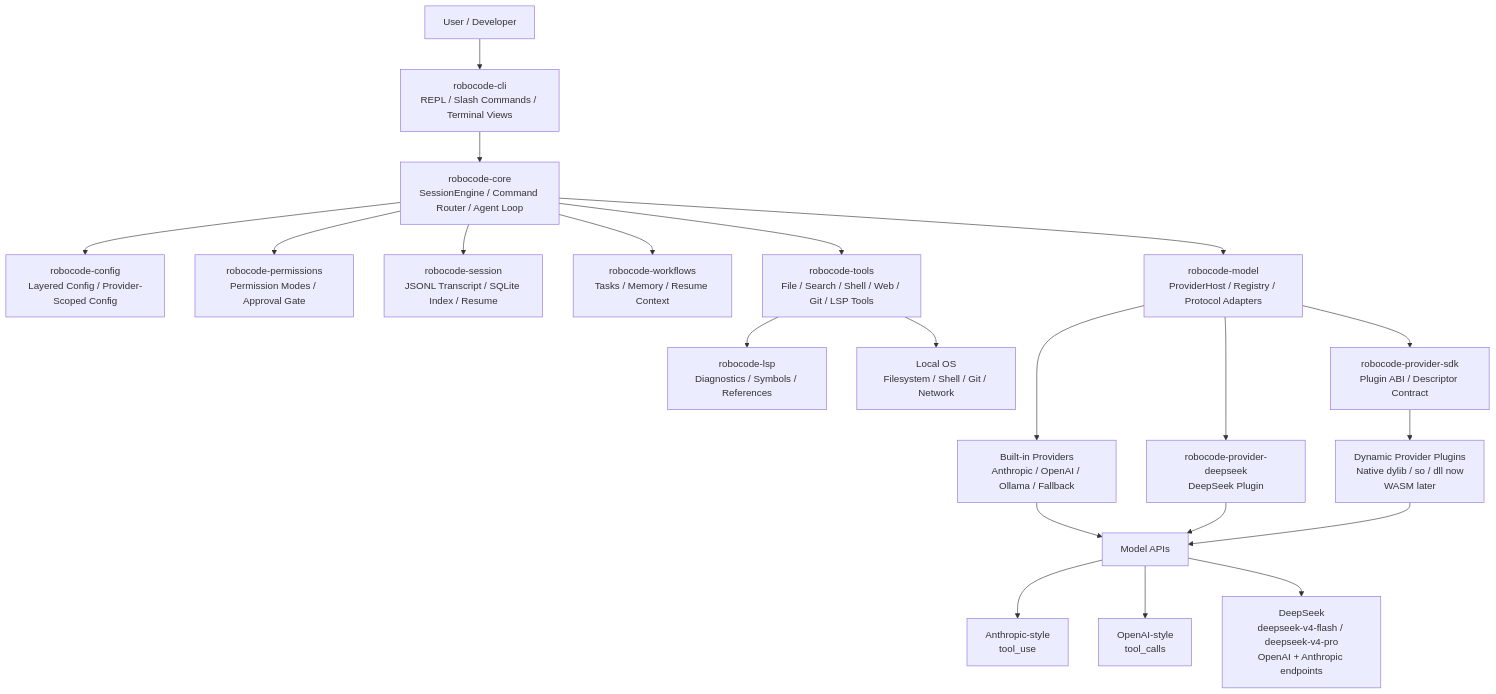
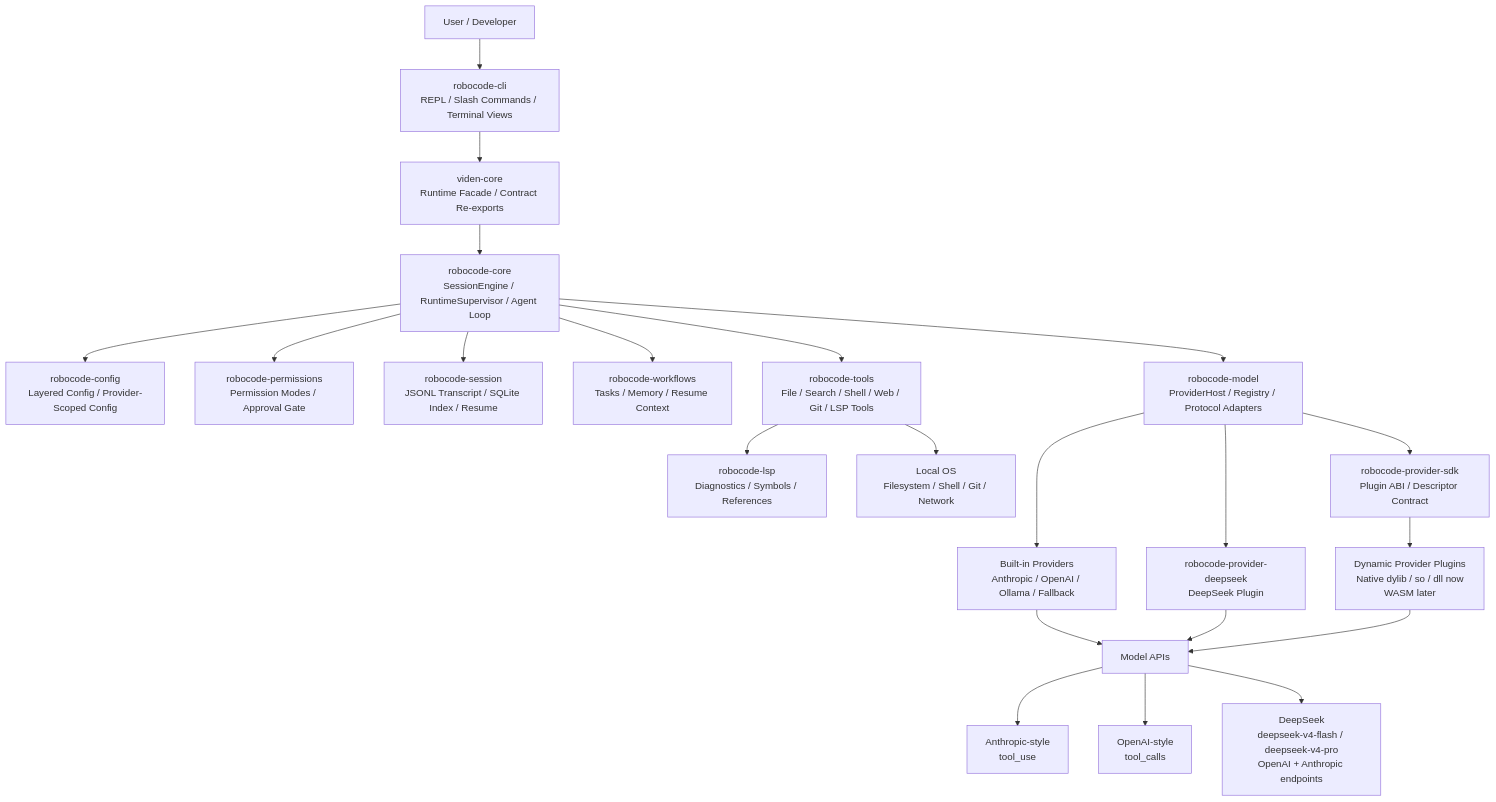
The first of 2 diagrams in docs/architecture.md (wikieden/robocode), drawn with Mermaid before and after one commit. The commit also changed other lines of this file and 7 other files, not shown here.

Commit message:
refactor: add viden core facade

````diff
--- a/docs/architecture.md
+++ b/docs/architecture.md
@@ -10,30 +10,31 @@
 ```mermaid
 flowchart TB
     User["User / Developer"] --> CLI["robocode-cli<br/>REPL / Slash Commands / Terminal Views"]
 
-    CLI --> Core["robocode-core<br/>SessionEngine / Command Router / Agent Loop"]
+    CLI --> Facade["viden-core<br/>Runtime Facade / Contract Re-exports"]
+    Facade --> Core["robocode-core<br/>SessionEngine / RuntimeSupervisor / Agent Loop"]
 
     Core --> Config["robocode-config<br/>Layered Config / Provider-Scoped Config"]
     Core --> Perm["robocode-permissions<br/>Permission Modes / Approval Gate"]
     Core --> Session["robocode-session<br/>JSONL Transcript / SQLite Index / Resume"]
     Core --> Workflows["robocode-workflows<br/>Tasks / Memory / Resume Context"]
     Core --> Tools["robocode-tools<br/>File / Search / Shell / Web / Git / LSP Tools"]
     Core --> Model["robocode-model<br/>ProviderHost / Registry / Protocol Adapters"]
 
     Tools --> LSP["robocode-lsp<br/>Diagnostics / Symbols / References"]
     Tools --> LocalOS["Local OS<br/>Filesystem / Shell / Git / Network"]
 
     Model --> ProviderSDK["robocode-provider-sdk<br/>Plugin ABI / Descriptor Contract"]
     Model --> Builtins["Built-in Providers<br/>Anthropic / OpenAI / Ollama / Fallback"]
     Model --> DeepSeek["robocode-provider-deepseek<br/>DeepSeek Plugin"]
 
     ProviderSDK --> DynamicPlugins["Dynamic Provider Plugins<br/>Native dylib / so / dll now<br/>WASM later"]
 
     Builtins --> APIs["Model APIs"]
     DeepSeek --> APIs
     DynamicPlugins --> APIs
 
     APIs --> Anthropic["Anthropic-style<br/>tool_use"]
     APIs --> OpenAI["OpenAI-style<br/>tool_calls"]
     APIs --> DeepSeekAPI["DeepSeek<br/>deepseek-v4-flash / deepseek-v4-pro<br/>OpenAI + Anthropic endpoints"]
 ```
````
